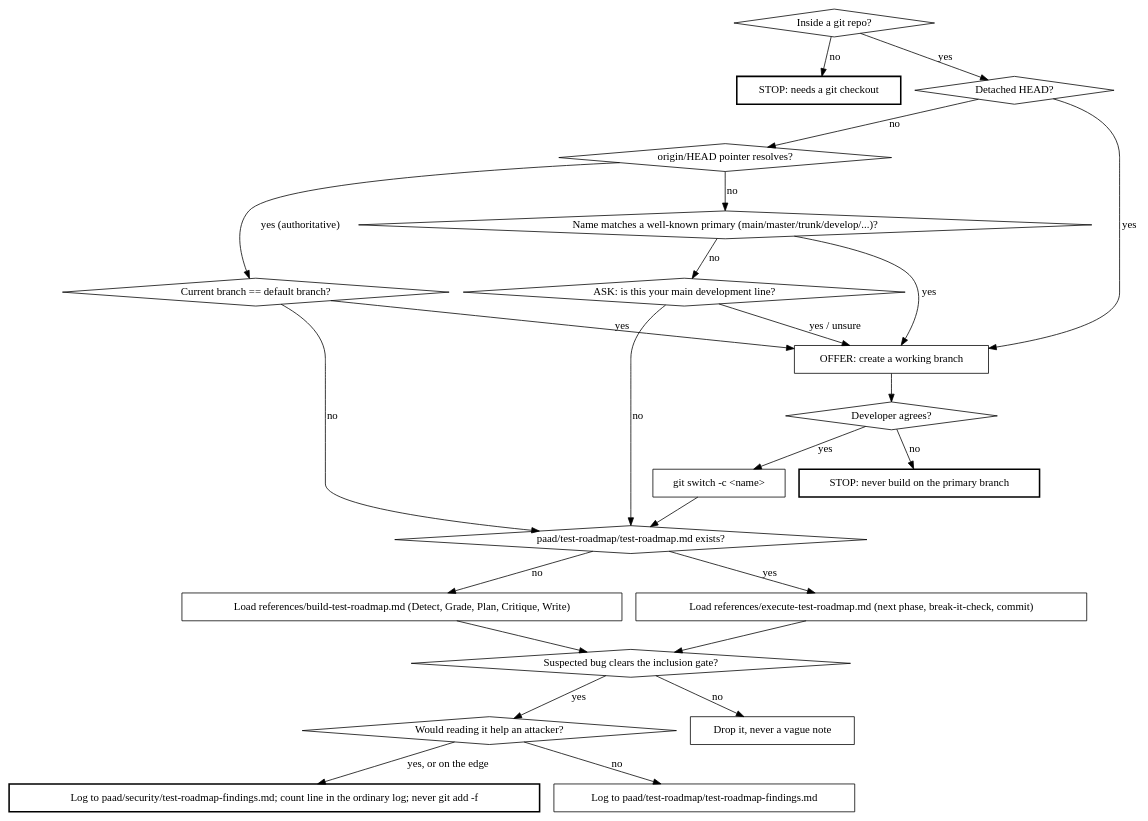
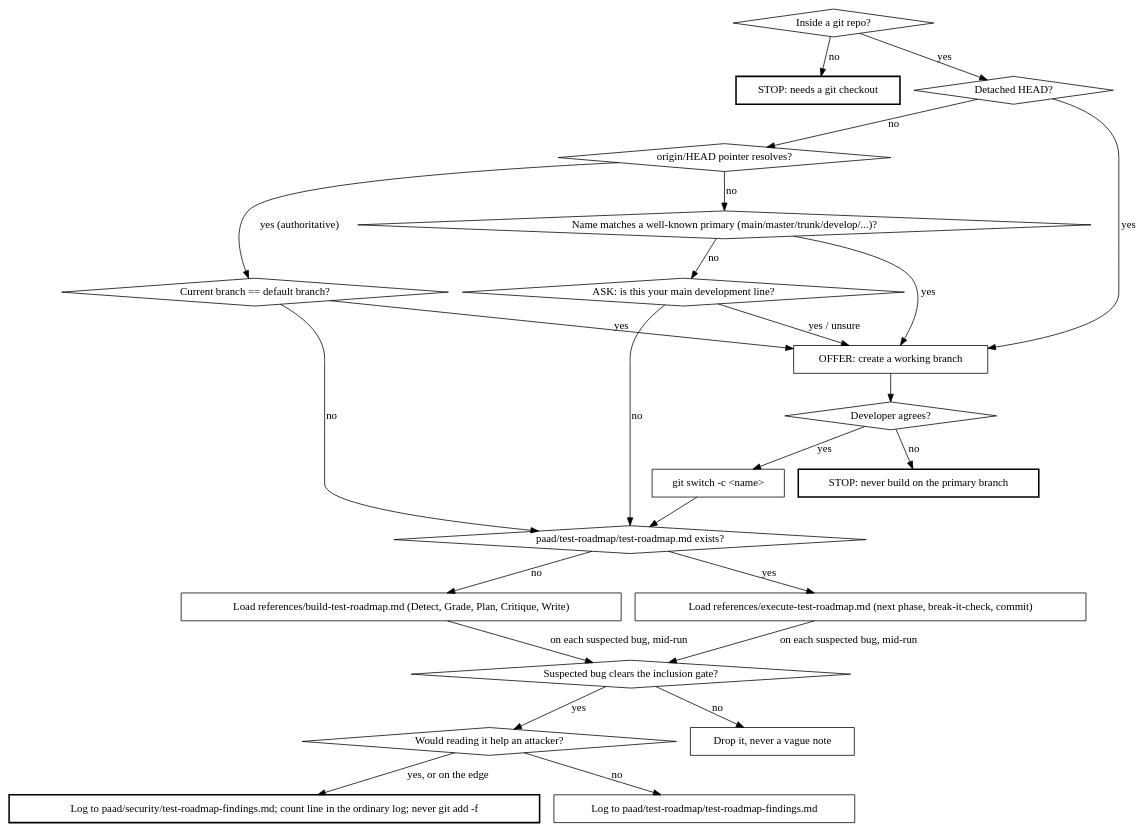
One commit to Ovid/paad changed the diagram in preview/paad/skills/test-roadmap/SKILL.md. Above: the diagram before and after it, drawn with Graphviz. The commit also changed 2 other files, not shown here.

Commit message:
test-roadmap: state the .gitignore gate and the neutral-wording rule where the agent writes
Claude-Session: https://claude.ai/code/session_01A487fo26UJL2VPNT6SLmux

````diff
--- a/preview/paad/skills/test-roadmap/SKILL.md
+++ b/preview/paad/skills/test-roadmap/SKILL.md
@@ -38,48 +38,48 @@
 ```dot
 digraph route {
   "Inside a git repo?" [shape=diamond];
   "STOP: needs a git checkout" [shape=box, style=bold];
   "Detached HEAD?" [shape=diamond];
   "origin/HEAD pointer resolves?" [shape=diamond];
   "Current branch == default branch?" [shape=diamond];
   "Name matches a well-known primary (main/master/trunk/develop/...)?" [shape=diamond];
   "ASK: is this your main development line?" [shape=diamond];
   "OFFER: create a working branch" [shape=box];
   "Developer agrees?" [shape=diamond];
   "STOP: never build on the primary branch" [shape=box, style=bold];
   "git switch -c <name>" [shape=box];
   "paad/test-roadmap/test-roadmap.md exists?" [shape=diamond];
   "Load references/build-test-roadmap.md (Detect, Grade, Plan, Critique, Write)" [shape=box];
   "Load references/execute-test-roadmap.md (next phase, break-it-check, commit)" [shape=box];
   "Suspected bug clears the inclusion gate?" [shape=diamond];
   "Would reading it help an attacker?" [shape=diamond];
   "Log to paad/security/test-roadmap-findings.md; count line in the ordinary log; never git add -f" [shape=box, style=bold];
   "Log to paad/test-roadmap/test-roadmap-findings.md" [shape=box];
   "Drop it, never a vague note" [shape=box];
 
   "Inside a git repo?" -> "STOP: needs a git checkout" [label="no"];
   "Inside a git repo?" -> "Detached HEAD?" [label="yes"];
   "Detached HEAD?" -> "OFFER: create a working branch" [label="yes"];
   "Detached HEAD?" -> "origin/HEAD pointer resolves?" [label="no"];
   "origin/HEAD pointer resolves?" -> "Current branch == default branch?" [label="yes (authoritative)"];
   "origin/HEAD pointer resolves?" -> "Name matches a well-known primary (main/master/trunk/develop/...)?" [label="no"];
   "Current branch == default branch?" -> "OFFER: create a working branch" [label="yes"];
   "Current branch == default branch?" -> "paad/test-roadmap/test-roadmap.md exists?" [label="no"];
   "Name matches a well-known primary (main/master/trunk/develop/...)?" -> "OFFER: create a working branch" [label="yes"];
   "Name matches a well-known primary (main/master/trunk/develop/...)?" -> "ASK: is this your main development line?" [label="no"];
   "ASK: is this your main development line?" -> "OFFER: create a working branch" [label="yes / unsure"];
   "ASK: is this your main development line?" -> "paad/test-roadmap/test-roadmap.md exists?" [label="no"];
   "OFFER: create a working branch" -> "Developer agrees?";
   "Developer agrees?" -> "STOP: never build on the primary branch" [label="no"];
   "Developer agrees?" -> "git switch -c <name>" [label="yes"];
   "git switch -c <name>" -> "paad/test-roadmap/test-roadmap.md exists?";
   "paad/test-roadmap/test-roadmap.md exists?" -> "Load references/execute-test-roadmap.md (next phase, break-it-check, commit)" [label="yes"];
   "paad/test-roadmap/test-roadmap.md exists?" -> "Load references/build-test-roadmap.md (Detect, Grade, Plan, Critique, Write)" [label="no"];
-  "Load references/execute-test-roadmap.md (next phase, break-it-check, commit)" -> "Suspected bug clears the inclusion gate?";
-  "Load references/build-test-roadmap.md (Detect, Grade, Plan, Critique, Write)" -> "Suspected bug clears the inclusion gate?";
+  "Load references/execute-test-roadmap.md (next phase, break-it-check, commit)" -> "Suspected bug clears the inclusion gate?" [label="on each suspected bug, mid-run"];
+  "Load references/build-test-roadmap.md (Detect, Grade, Plan, Critique, Write)" -> "Suspected bug clears the inclusion gate?" [label="on each suspected bug, mid-run"];
   "Suspected bug clears the inclusion gate?" -> "Drop it, never a vague note" [label="no"];
   "Suspected bug clears the inclusion gate?" -> "Would reading it help an attacker?" [label="yes"];
   "Would reading it help an attacker?" -> "Log to paad/security/test-roadmap-findings.md; count line in the ordinary log; never git add -f" [label="yes, or on the edge"];
   "Would reading it help an attacker?" -> "Log to paad/test-roadmap/test-roadmap-findings.md" [label="no"];
 }
 ```
````
